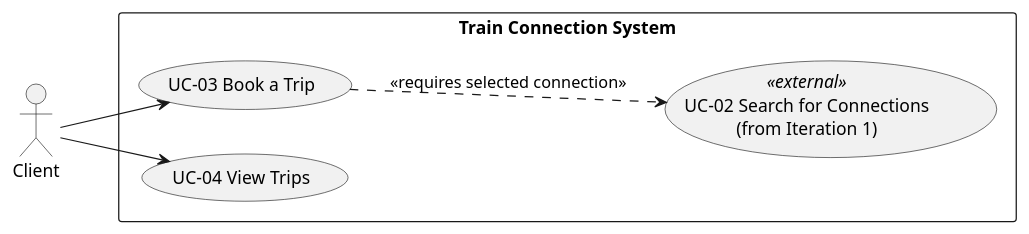
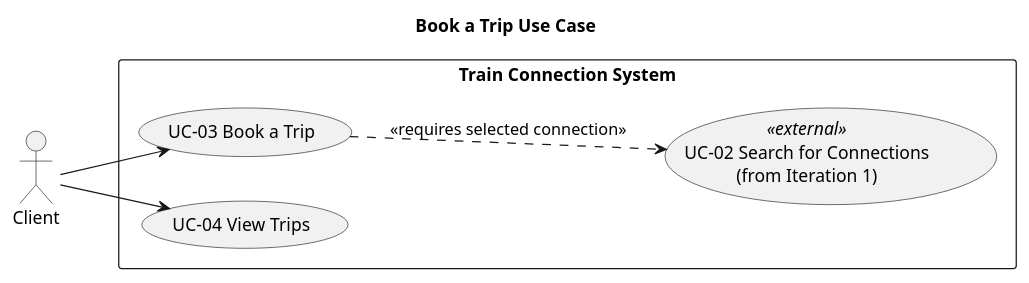
The diagram in docs/PlantUMLCode/booking_use_cases.puml (nicolas-zampieri/SOEN342), drawn with PlantUML before and after one commit.

```diff
--- a/docs/PlantUMLCode/booking_use_cases.puml
+++ b/docs/PlantUMLCode/booking_use_cases.puml
@@ -1,22 +1,22 @@
-@startuml
-
+@startuml Booking Case
+title Book a Trip Use Case
 
 left to right direction
 
 actor Client
 
 rectangle "Train Connection System" {
   usecase "UC-03 Book a Trip" as UC03
   usecase "UC-04 View Trips" as UC04
   ' (Shown faintly to indicate it’s from Iteration 1 but required)
   usecase "UC-02 Search for Connections\n(from Iteration 1)" as UC02 <<external>>
 }
 
 Client --> UC03
 Client --> UC04
 
 UC03 ..> UC02 : <<requires selected connection>>
 
 
 
 @enduml
```
